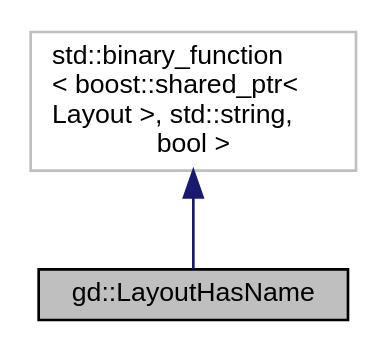
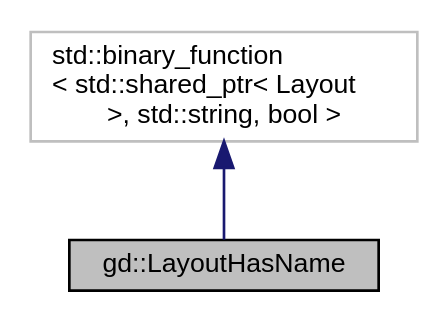
The diagram in GDCore Documentation/structgd_1_1_layout_has_name__inherit__graph.dot (4ian/GDevelop-documentation), drawn with Graphviz before and after one commit. The commit also changed 2359 other files, not shown here.

```diff
--- a/GDCore Documentation/structgd_1_1_layout_has_name__inherit__graph.dot
+++ b/GDCore Documentation/structgd_1_1_layout_has_name__inherit__graph.dot
@@ -1,8 +1,8 @@
 digraph "gd::LayoutHasName"
 {
   edge [fontname="Helvetica",fontsize="10",labelfontname="Helvetica",labelfontsize="10"];
   node [fontname="Helvetica",fontsize="10",shape=record];
-  Node1 [label="gd::LayoutHasName",height=0.2,width=0.4,color="black", fillcolor="grey75", style="filled" fontcolor="black"];
+  Node1 [label="gd::LayoutHasName",height=0.2,width=0.4,color="black", fillcolor="grey75", style="filled", fontcolor="black"];
   Node2 -> Node1 [dir="back",color="midnightblue",fontsize="10",style="solid",fontname="Helvetica"];
-  Node2 [label="std::binary_function\l\< boost::shared_ptr\<\l Layout \>, std::string,\l bool \>",height=0.2,width=0.4,color="grey75", fillcolor="white", style="filled"];
+  Node2 [label="std::binary_function\l\< std::shared_ptr\< Layout\l \>, std::string, bool \>",height=0.2,width=0.4,color="grey75", fillcolor="white", style="filled"];
 }
```
